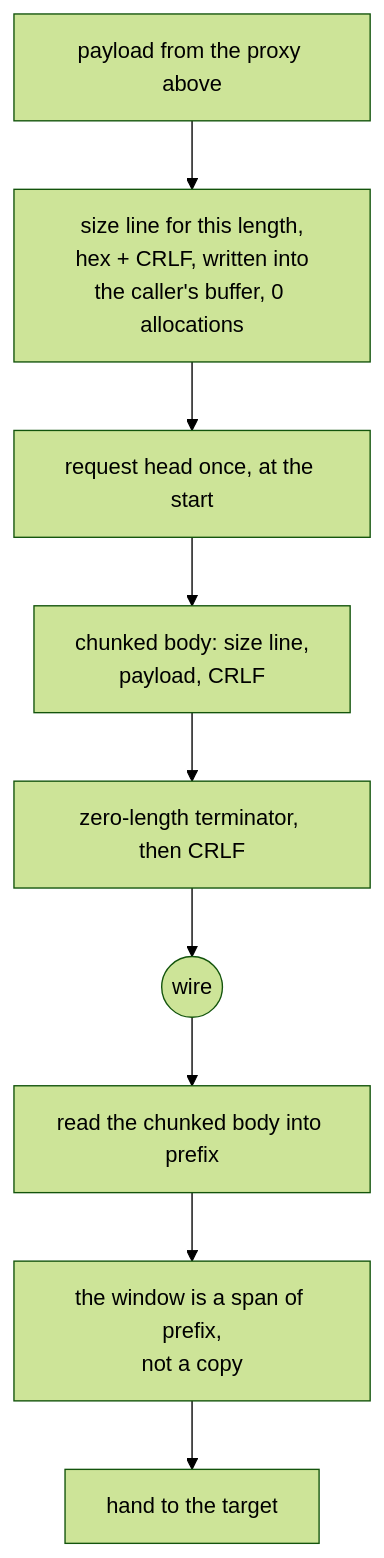
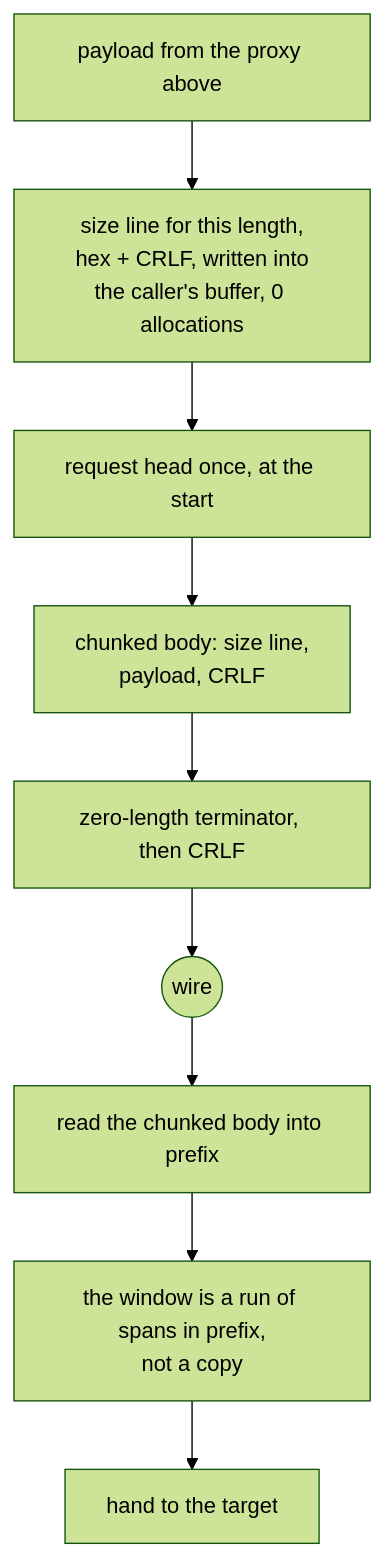
Before and after one commit to Ferrocite/ferrox: the first of 2 diagrams in docs/function/carrier-xhttp.md, drawn with Mermaid (forest theme). The commit also changed other lines of this file and 2 other files, not shown here.

First line of the commit message:
xhttp: gather every body one prefix read brought into one window

````diff
--- a/docs/function/carrier-xhttp.md
+++ b/docs/function/carrier-xhttp.md
@@ -17,11 +17,11 @@
 ```mermaid
 graph TD
     A["payload from the proxy above"] --> S["size line for this length,<br/>hex + CRLF, written into<br/>the caller's buffer, 0 allocations"]
     S --> H["request head once, at the start"]
     H --> W["chunked body: size line,<br/>payload, CRLF"]
     W --> E["zero-length terminator, then CRLF"]
     E --> X(("wire"))
     X --> R["read the chunked body into prefix"]
-    R --> C["the window is a span of prefix,<br/>not a copy"]
+    R --> C["the window is a run of spans in prefix,<br/>not a copy"]
     C --> D["hand to the target"]
 ```
````
